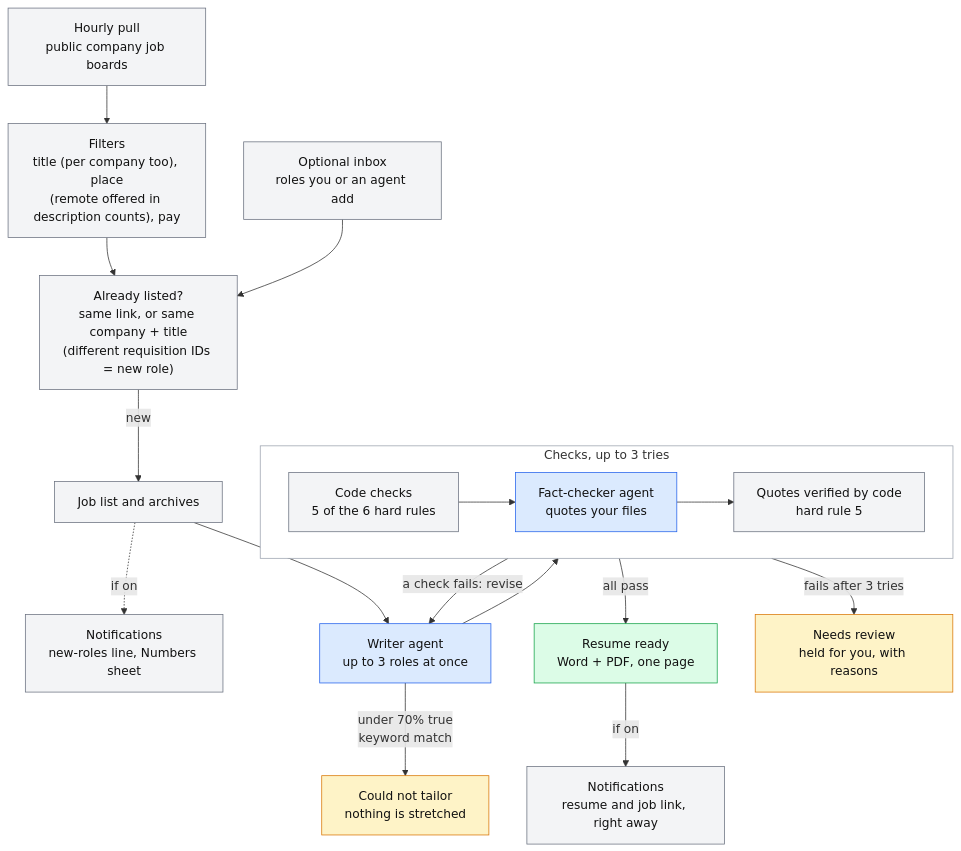
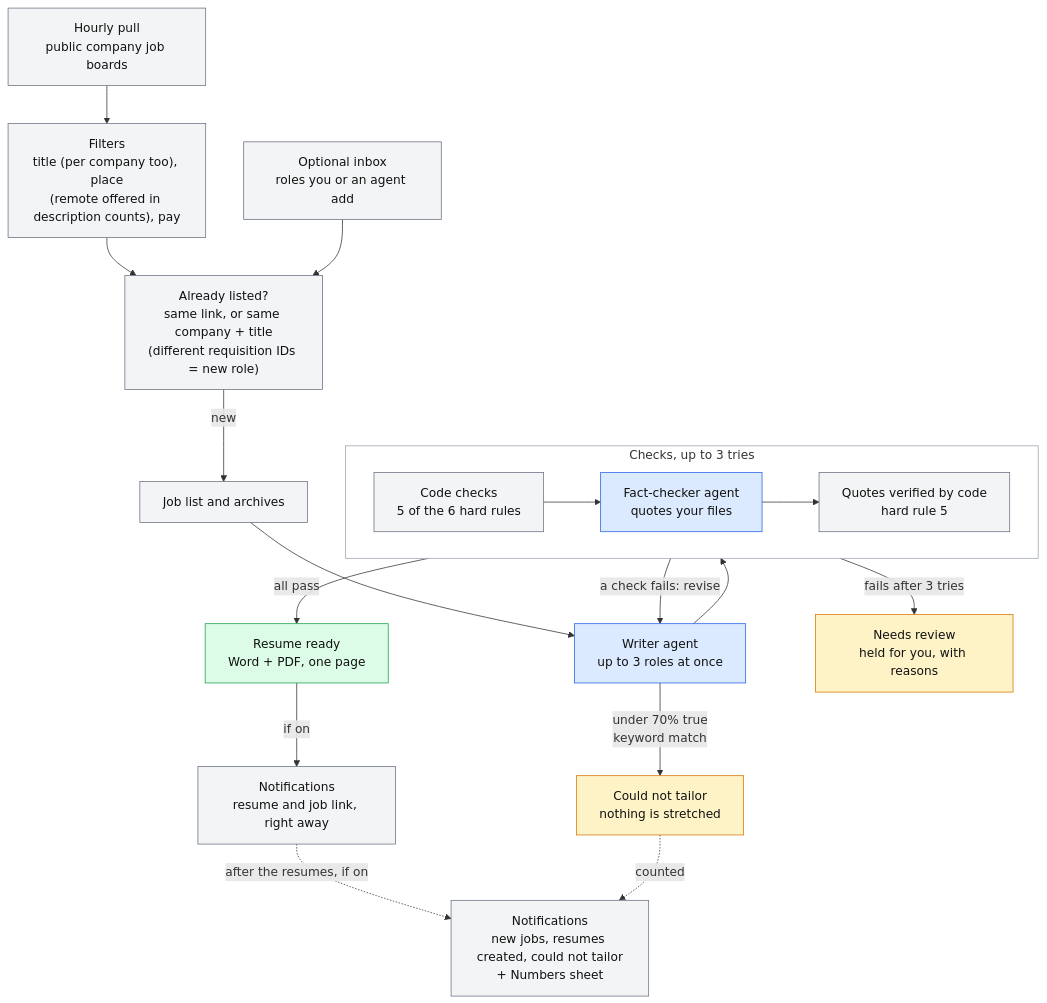
The first of 2 diagrams in README.md (mwoodwilson/agentic-job-search), drawn with Mermaid before and after one commit. The commit also changed other lines of this file and 9 other files, not shown here.

First line of the commit message:
Count resumes in the new-roles line; archive reposts with a new requisition ID

````diff
--- a/README.md
+++ b/README.md
@@ -17,31 +17,32 @@
 ```mermaid
 flowchart TD
     pull["Hourly pull<br/>public company job boards"] --> filters["Filters<br/>title (per company too), place<br/>(remote offered in description counts), pay"]
     filters --> dedup["Already listed?<br/>same link, or same company + title<br/>(different requisition IDs = new role)"]
     dedup -->|"new"| list["Job list and archives"]
     inbox["Optional inbox<br/>roles you or an agent add"] --> dedup
-    list -.->|"if on"| sheet["Notifications<br/>new-roles line, Numbers sheet"]
     list --> writer["Writer agent<br/>up to 3 roles at once"]
     writer -->|"under 70% true<br/>keyword match"| could["Could not tailor<br/>nothing is stretched"]
     writer --> checks
 
     subgraph checks["Checks, up to 3 tries"]
         direction LR
         code["Code checks<br/>5 of the 6 hard rules"] --> checker["Fact-checker agent<br/>quotes your files"] --> quotes["Quotes verified by code<br/>hard rule 5"]
     end
 
     checks -->|"a check fails: revise"| writer
     checks -->|"all pass"| ready["Resume ready<br/>Word + PDF, one page"]
     checks -->|"fails after 3 tries"| review["Needs review<br/>held for you, with reasons"]
     ready -->|"if on"| send["Notifications<br/>resume and job link, right away"]
+    send -.->|"after the resumes, if on"| sheet["Notifications<br/>new jobs, resumes created, could not tailor<br/>+ Numbers sheet"]
+    could -.->|"counted"| sheet
 
     classDef agent fill:#dbeafe,stroke:#2563eb,color:#111
     classDef plain fill:#f3f4f6,stroke:#6b7280,color:#111
     classDef good fill:#dcfce7,stroke:#16a34a,color:#111
     classDef held fill:#fef3c7,stroke:#d97706,color:#111
     class writer,checker agent
     class pull,filters,dedup,list,inbox,code,quotes,send,sheet plain
     class ready good
     class could,review held
     style checks fill:#ffffff,stroke:#9ca3af
 ```
````
